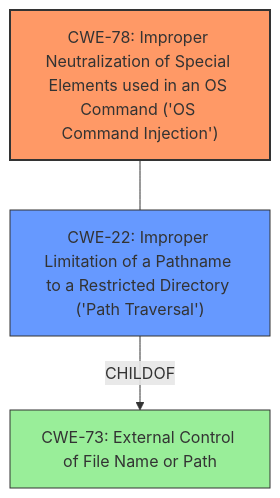
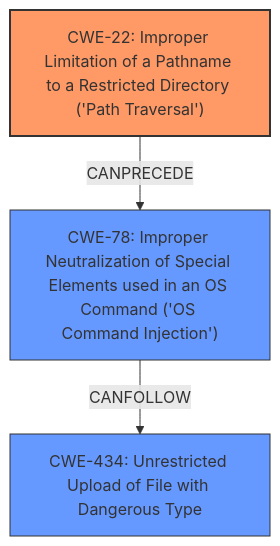
Before and after one commit to CyberSecAI/cwe_agent_assign_reports_2025: the diagram in CVE-2024-10019/CVE-2024-10019_analysis.md, drawn with Mermaid. The commit also changed other lines of this file and 190653 other files, not shown here.

````diff
--- a/CVE-2024-10019/CVE-2024-10019_analysis.md
+++ b/CVE-2024-10019/CVE-2024-10019_analysis.md
@@ -17,15 +18,14 @@
 ```mermaid
 graph TD
+    cwe22["CWE-22: Improper Limitation of a Pathname to a Restricted Directory ('Path Traversal')"]
     cwe78["CWE-78: Improper Neutralization of Special Elements used in an OS Command ('OS Command Injection')"]
-    cwe22["CWE-22: Improper Limitation of a Pathname to a Restricted Directory ('Path Traversal')"]
-    cwe73["CWE-73: External Control of File Name or Path"]
-    cwe78---cwe22
-    cwe22 -->|CHILDOF| cwe73
+    cwe434["CWE-434: Unrestricted Upload of File with Dangerous Type"]
+
+    cwe78 -- CANFOLLOW --> cwe434
+    cwe22 -- CANPRECEDE --> cwe78
     
     classDef primary fill:#f96,stroke:#333,stroke-width:2px
     classDef secondary fill:#69f,stroke:#333
-    classDef tertiary fill:#9e9,stroke:#333
-    class cwe78 primary
-    class cwe22 secondary
-    class cwe73 tertiary
+    class cwe22 primary
+    class cwe78,cwe434 secondary
 ```
````
